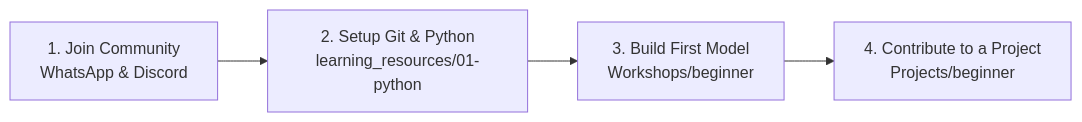
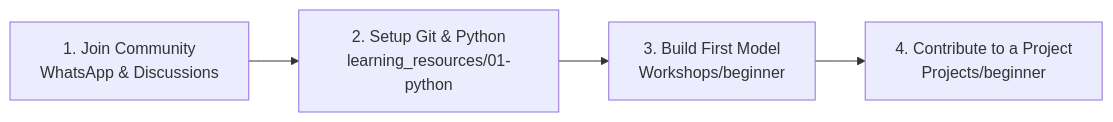
Before and after one commit to AIMLCLUBOCT/.github: the first of 2 diagrams in profile/README.md, drawn with Mermaid. The commit also changed other lines of this file and 1 other file, not shown here.

Commit message:
docs(profile): add community-templates and highlight discussion hubs

````diff
--- a/profile/README.md
+++ b/profile/README.md
@@ -105,6 +106,6 @@
 ```mermaid
 flowchart LR
-    A[1. Join Community<br/>WhatsApp & Discord] --> B[2. Setup Git & Python<br/>learning_resources/01-python]
+    A[1. Join Community<br/>WhatsApp & Discussions] --> B[2. Setup Git & Python<br/>learning_resources/01-python]
     B --> C[3. Build First Model<br/>Workshops/beginner]
     C --> D[4. Contribute to a Project<br/>Projects/beginner]
 ```
````
